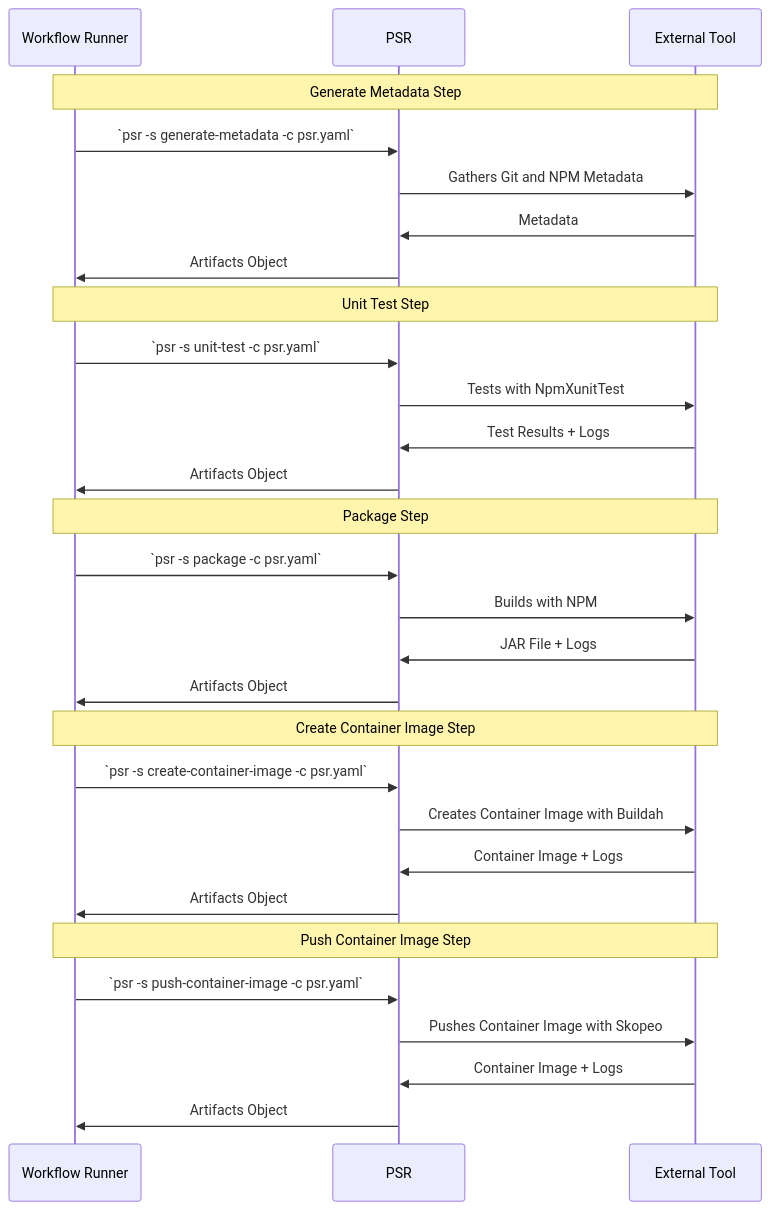
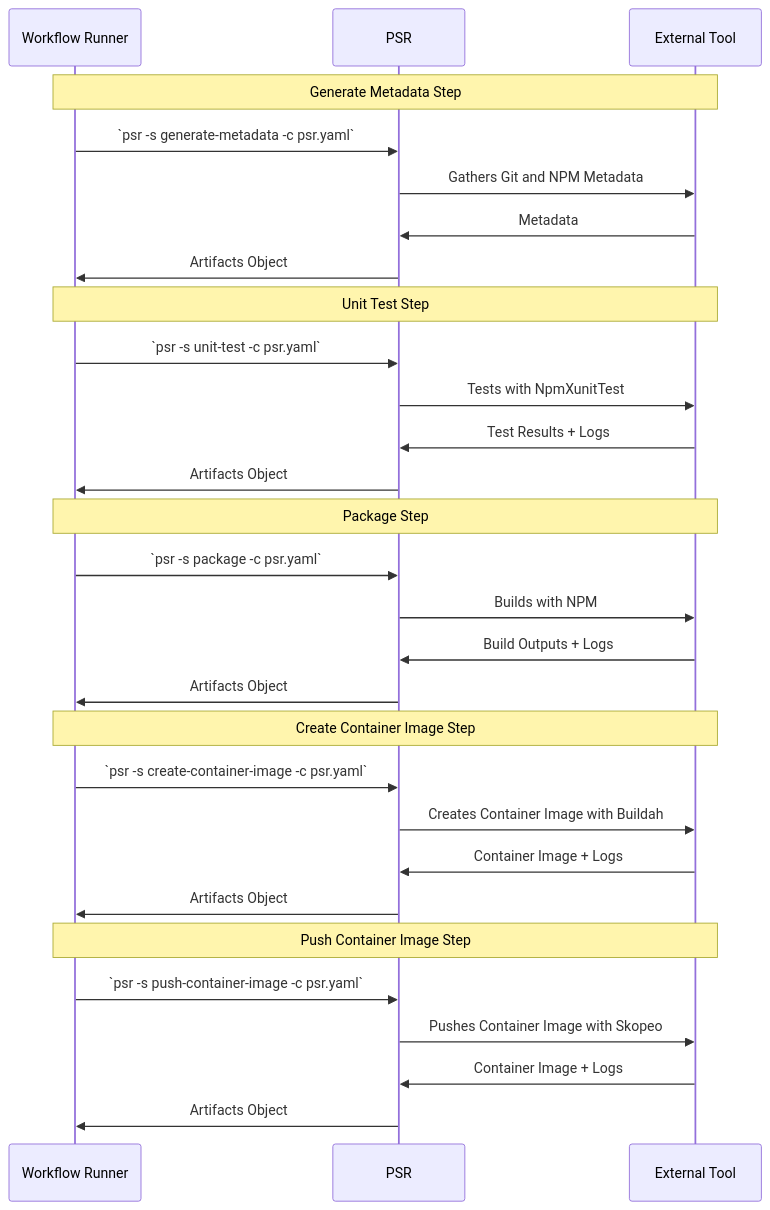
Before and after one commit to ploigos/ploigos-step-runner: the second of 2 diagrams in docs/end-to-end.md, drawn with Mermaid. The commit also changed 2 other files, not shown here.

Commit message:
Minor README fixes

````diff
--- a/docs/end-to-end.md
+++ b/docs/end-to-end.md
@@ -168,36 +168,36 @@
 ```mermaid
 sequenceDiagram
     participant wr as Workflow Runner
     participant psr as PSR
     participant tool as External Tool
 
     Note over wr,tool: Generate Metadata Step
     wr->>psr: `psr -s generate-metadata -c psr.yaml`
     psr->>tool: Gathers Git and NPM Metadata
     tool->>psr: Metadata
     psr->>wr: Artifacts Object
 
     Note over wr,tool: Unit Test Step
     wr->>psr: `psr -s unit-test -c psr.yaml`
     psr->>tool: Tests with NpmXunitTest
     tool->>psr: Test Results + Logs
     psr->>wr: Artifacts Object
 
     Note over wr,tool: Package Step
     wr->>psr: `psr -s package -c psr.yaml`
     psr->>tool: Builds with NPM
-    tool->>psr: JAR File + Logs
+    tool->>psr: Build Outputs + Logs
     psr->>wr: Artifacts Object
 
     Note over wr,tool: Create Container Image Step
     wr->>psr: `psr -s create-container-image -c psr.yaml`
     psr->>tool: Creates Container Image with Buildah
     tool->>psr: Container Image + Logs
     psr->>wr: Artifacts Object
 
     Note over wr,tool: Push Container Image Step
     wr->>psr: `psr -s push-container-image -c psr.yaml`
     psr->>tool: Pushes Container Image with Skopeo
     tool->>psr: Container Image + Logs
     psr->>wr: Artifacts Object
 ```
````
